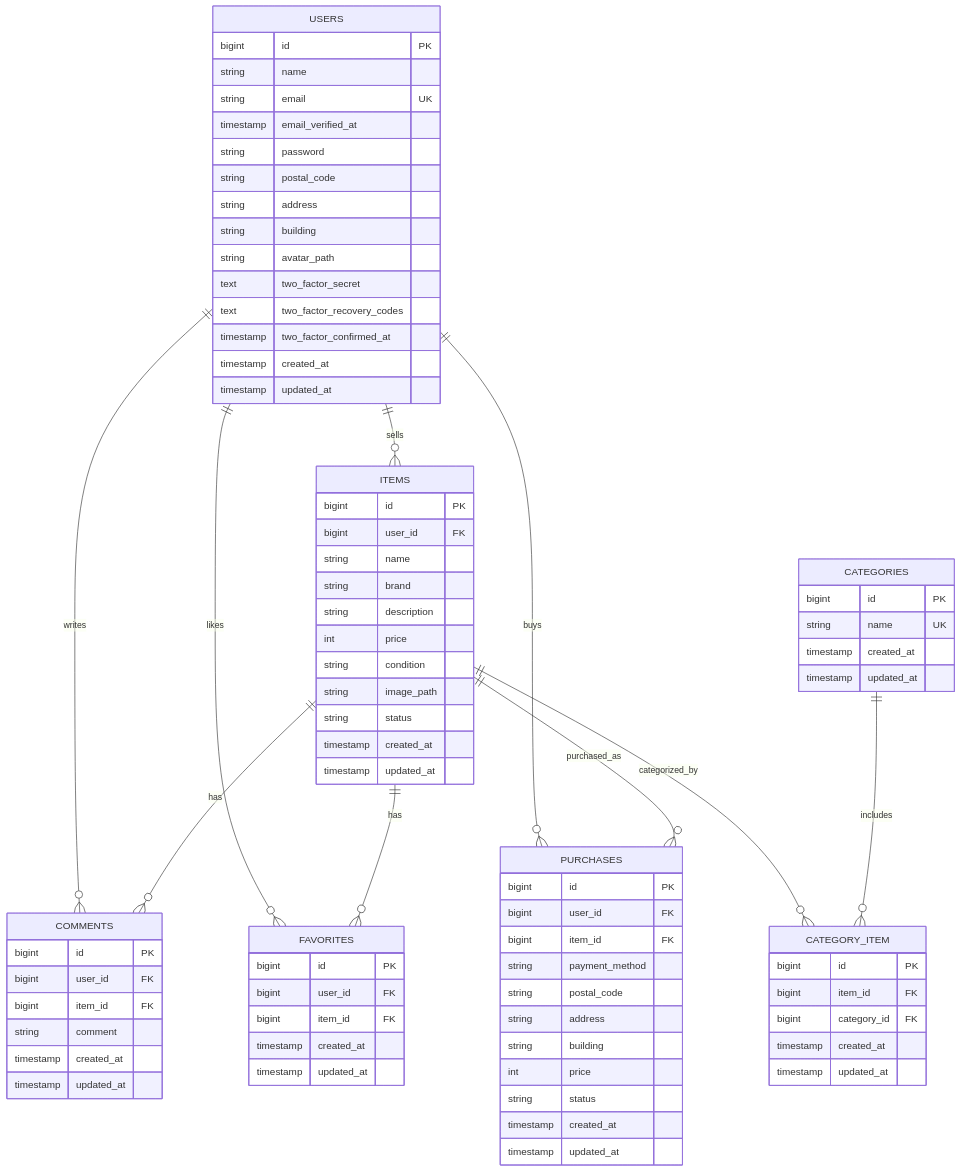
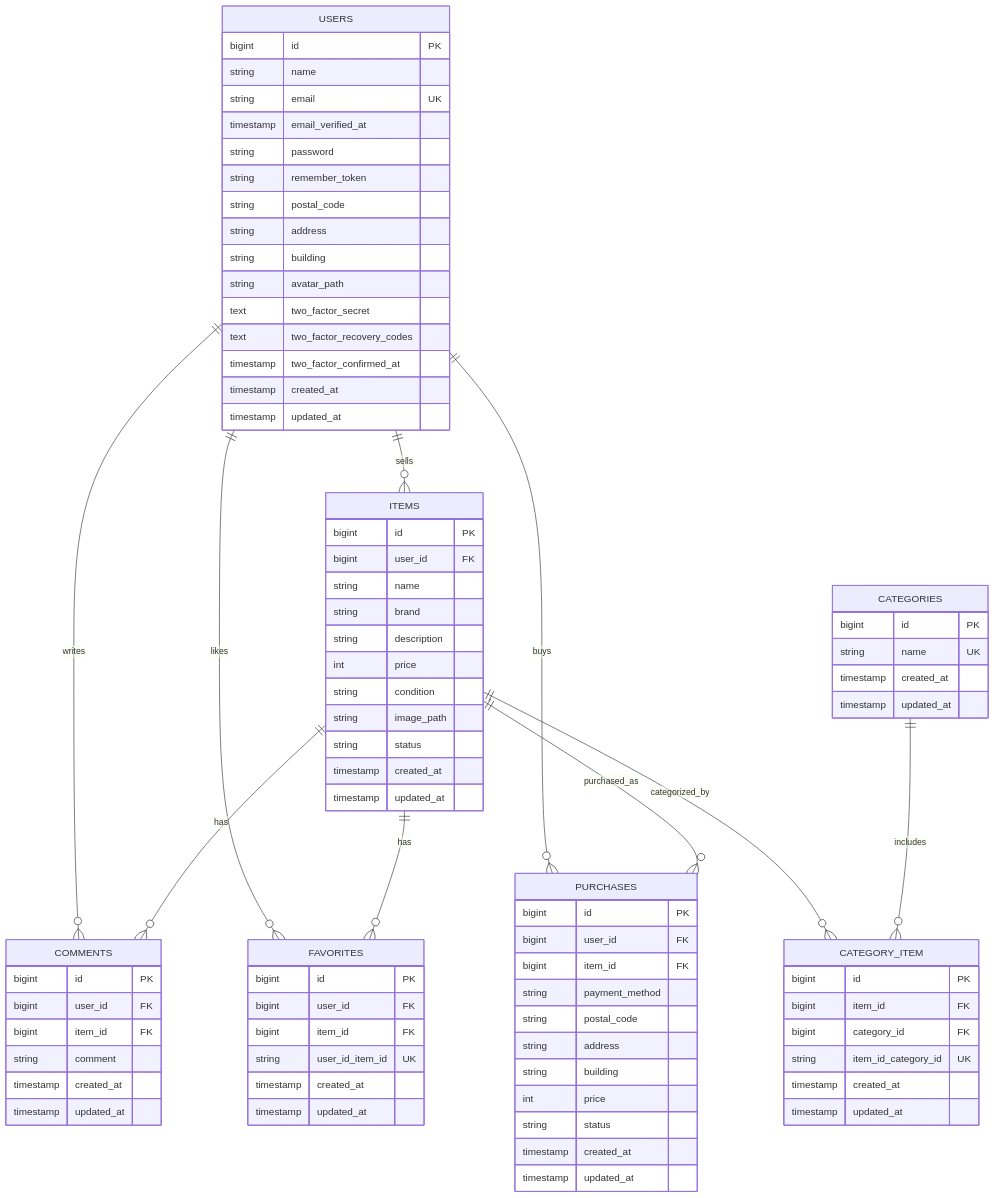
Before and after one commit to yukari0125/flima-docker: the diagram in docs/er.mmd, drawn with Mermaid. The commit also changed 6 other files, not shown here.

```diff
--- a/docs/er.mmd
+++ b/docs/er.mmd
@@ -1,90 +1,95 @@
 %% purchases は Stripe 有効時、Checkout 完了後（payment_status=paid 確認後）に保存
+%% favorites は (user_id, item_id) の複合ユニーク
+%% category_item は (item_id, category_id) の複合ユニーク
 erDiagram
     USERS {
         bigint id PK
         string name
         string email UK
         timestamp email_verified_at
         string password
+        string remember_token
         string postal_code
         string address
         string building
         string avatar_path
         text two_factor_secret
         text two_factor_recovery_codes
         timestamp two_factor_confirmed_at
         timestamp created_at
         timestamp updated_at
     }
 
     ITEMS {
         bigint id PK
         bigint user_id FK
         string name
         string brand
         string description
         int price
         string condition
         string image_path
         string status
         timestamp created_at
         timestamp updated_at
     }
 
     CATEGORIES {
         bigint id PK
         string name UK
         timestamp created_at
         timestamp updated_at
     }
 
     CATEGORY_ITEM {
         bigint id PK
         bigint item_id FK
         bigint category_id FK
+        string item_id_category_id UK
         timestamp created_at
         timestamp updated_at
     }
 
     COMMENTS {
         bigint id PK
         bigint user_id FK
         bigint item_id FK
         string comment
         timestamp created_at
         timestamp updated_at
     }
 
     FAVORITES {
         bigint id PK
         bigint user_id FK
         bigint item_id FK
+        string user_id_item_id UK
         timestamp created_at
         timestamp updated_at
     }
 
     PURCHASES {
         bigint id PK
         bigint user_id FK
         bigint item_id FK
         string payment_method
         string postal_code
         string address
         string building
         int price
         string status
         timestamp created_at
         timestamp updated_at
     }
 
     USERS ||--o{ ITEMS : sells
     USERS ||--o{ COMMENTS : writes
     USERS ||--o{ FAVORITES : likes
     USERS ||--o{ PURCHASES : buys
 
     ITEMS ||--o{ COMMENTS : has
     ITEMS ||--o{ FAVORITES : has
     ITEMS ||--o{ PURCHASES : purchased_as
 
     ITEMS ||--o{ CATEGORY_ITEM : categorized_by
     CATEGORIES ||--o{ CATEGORY_ITEM : includes
```
